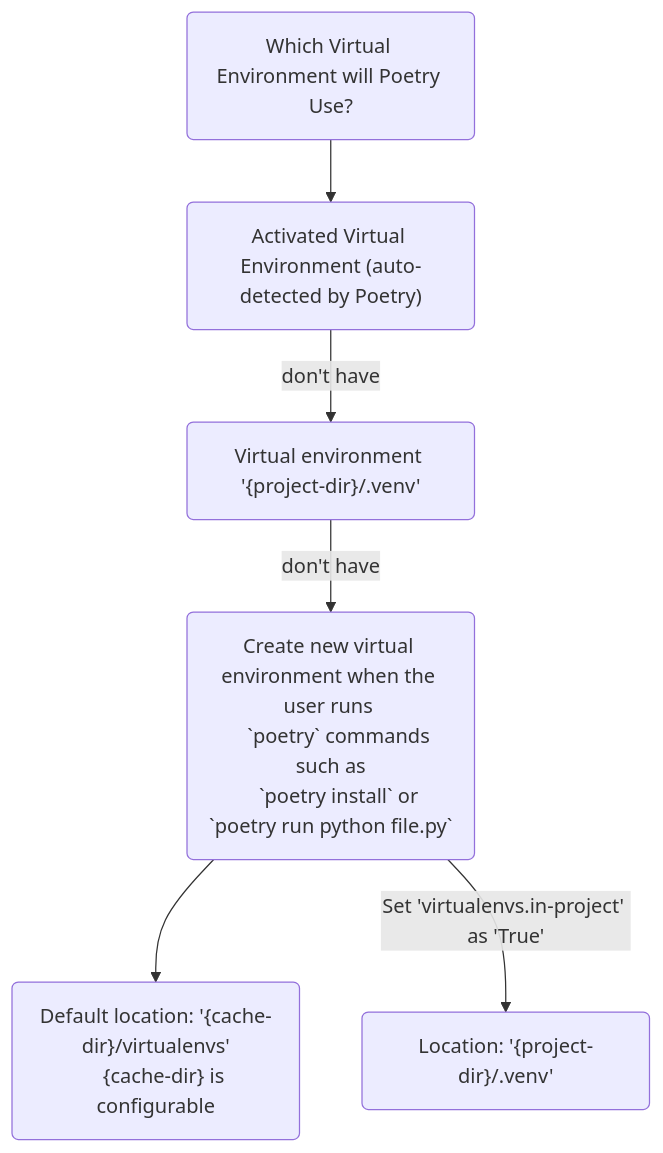
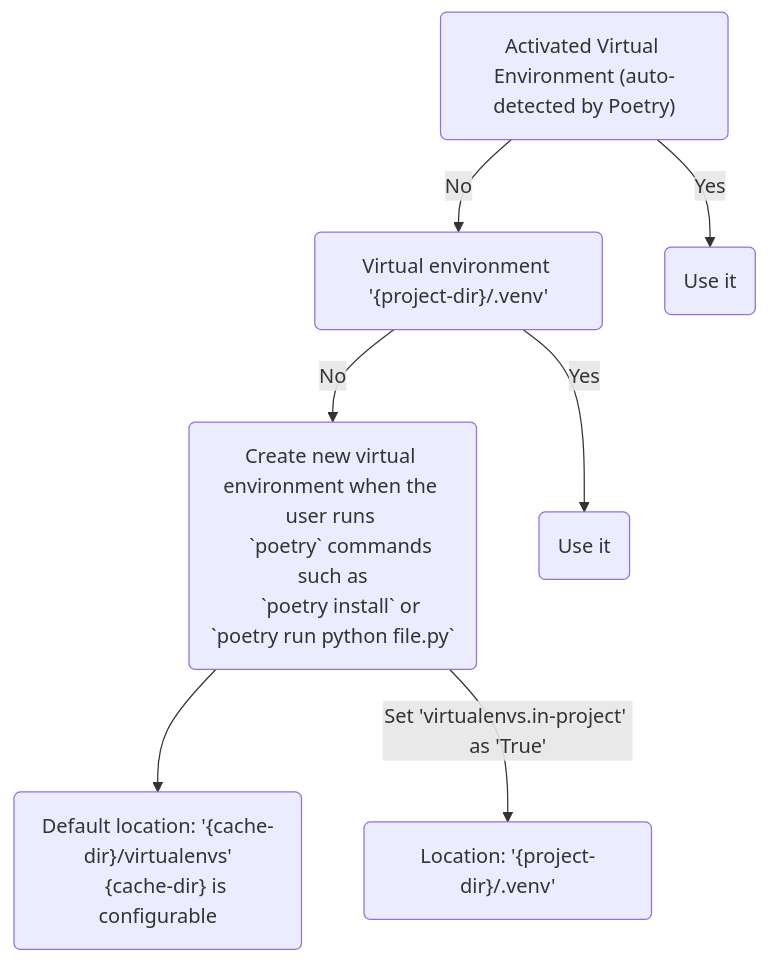
One commit to wavingtide/programming-knowledge-hub changed the diagram in programming-language/python/poetry.md. Above: the diagram before and after it, drawn with Mermaid. The commit also changed other lines of this file and 1 other file, not shown here.

````diff
--- a/programming-language/python/poetry.md
+++ b/programming-language/python/poetry.md
@@ -232,20 +205,21 @@
 ``` mermaid
 flowchart TB;
 
-    Z(Which Virtual Environment will Poetry Use?)
     A("Activated Virtual Environment (auto-detected by Poetry)")
     B("Virtual environment '{project-dir}/.venv'")
     C("""Create new virtual environment when the user runs 
     `poetry` commands such as
     `poetry install` or `poetry run python file.py`
     """)
     D("""Default location: '{cache-dir}/virtualenvs'
     {cache-dir} is configurable""")
     E("Location: '{project-dir}/.venv'")
+
     
-    Z-->A;
-    A--"don't have"-->B;
-    B--"don't have"-->C;
+    A--"Yes"-->F("Use it")
+    A--"No"-->B;
+    B--"Yes"-->G("Use it")
+    B--"No"-->C;
     C-->D;
     C--"Set 'virtualenvs.in-project' as 'True'"-->E
 ```
````
